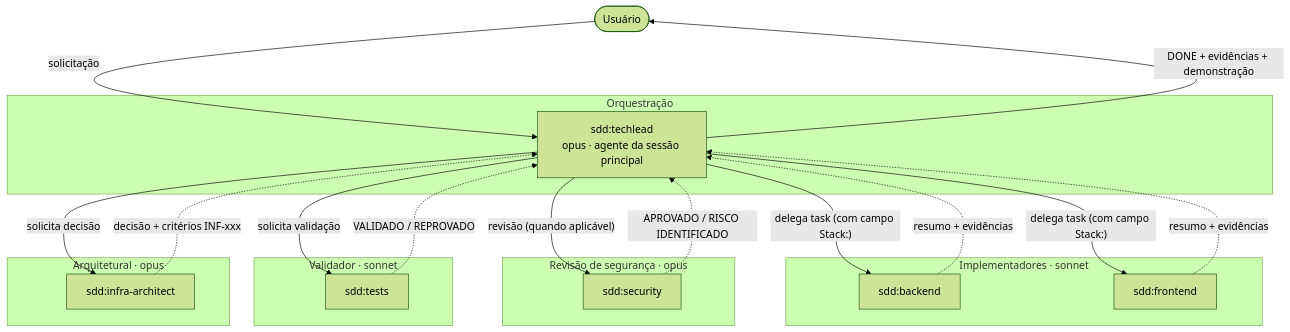
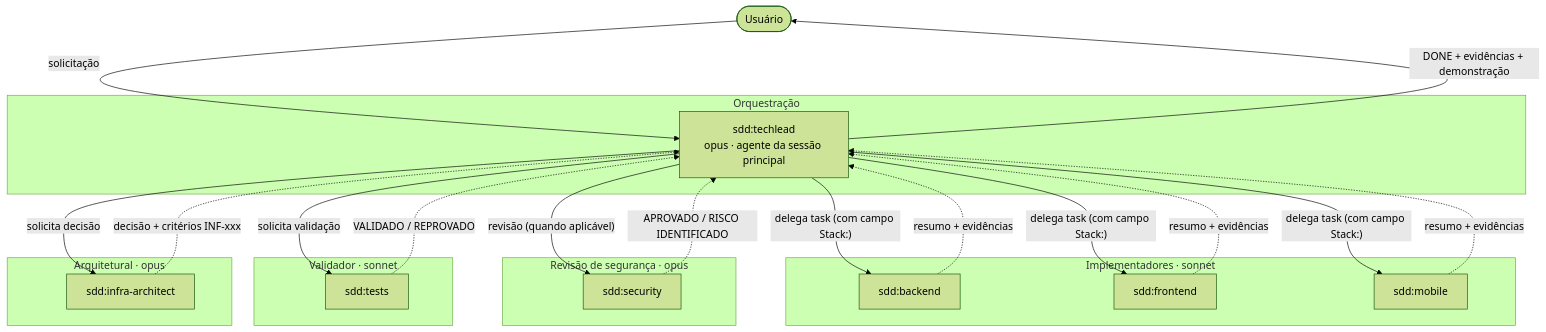
Before and after one commit to powerlok/claude-sdd-framework: the first of 9 diagrams in docs/arquitetura.md, drawn with Mermaid (forest theme). The commit also changed other lines of this file and 26 other files, not shown here.

First line of the commit message:
sdd 0.9.0: agente mobile (React Native/Expo) e fluxo Git local com confirmação

````diff
--- a/docs/arquitetura.md
+++ b/docs/arquitetura.md
@@ -23,39 +23,42 @@
 ```mermaid
 flowchart TD
     U([Usuário]) -->|solicitação| TL
 
     subgraph ORQ[Orquestração]
         TL[sdd:techlead<br/>opus · agente da sessão principal]
     end
 
     subgraph IMP[Implementadores · sonnet]
         BE[sdd:backend]
         FE[sdd:frontend]
+        MB[sdd:mobile]
     end
 
     subgraph SEC[Revisão de segurança · opus]
         SC[sdd:security]
     end
 
     subgraph VAL[Validador · sonnet]
         TS[sdd:tests]
     end
 
     subgraph ARQ[Arquitetural · opus]
         IA[sdd:infra-architect]
     end
 
     TL -->|"delega task (com campo Stack:)"| BE
     TL -->|"delega task (com campo Stack:)"| FE
+    TL -->|"delega task (com campo Stack:)"| MB
     TL -->|"revisão (quando aplicável)"| SC
     TL -->|solicita validação| TS
     TL -->|solicita decisão| IA
 
     BE -.->|resumo + evidências| TL
     FE -.->|resumo + evidências| TL
+    MB -.->|resumo + evidências| TL
     SC -.->|APROVADO / RISCO IDENTIFICADO| TL
     TS -.->|VALIDADO / REPROVADO| TL
     IA -.->|decisão + critérios INF-xxx| TL
 
     TL -->|"DONE + evidências + demonstração"| U
 ```
````
